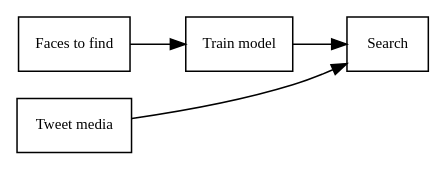
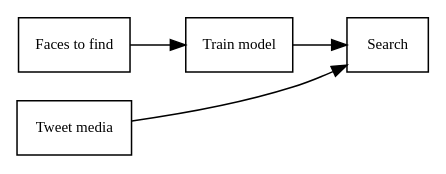
The third of 4 diagrams in docs/ddv.org (anielsen001/photomongo), drawn with Graphviz before and after one commit. The commit also changed other lines of this file, not shown here.

```diff
--- a/docs/ddv.org
+++ b/docs/ddv.org
@@ -120,19 +139,19 @@
 #+begin_src dot :file flowchart3.png :cmdline -Kdot -Tpng
 digraph{
 newrank=true;
 rankdir=LR; 
 splines=true; 
   graph [fontsize=10 fontname="Verdana" compound=true];
-  node [shape=box fontsize=10 fontname="Verdana"];
+  node [shape=record fontsize=10 fontname="Verdana"];
 
   faces_to_find [ label="Faces to find" ]
   train [ label="Train model" ] 
   tweet_media [ label="Tweet media" ] 
   search [ label="Search" ]
 
   faces_to_find -> train; 
   tweet_media -> search[constraint=false]; 
   train -> search; 
 
 }
 #+end_src
```
